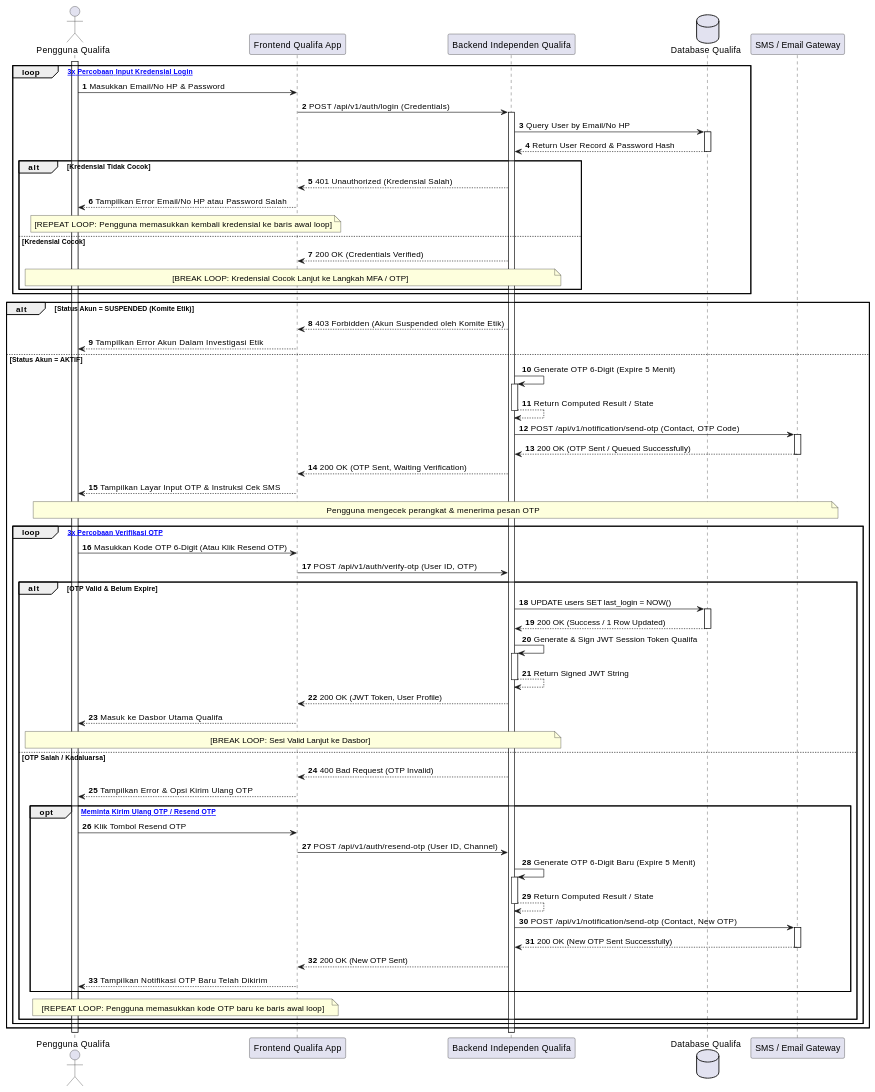
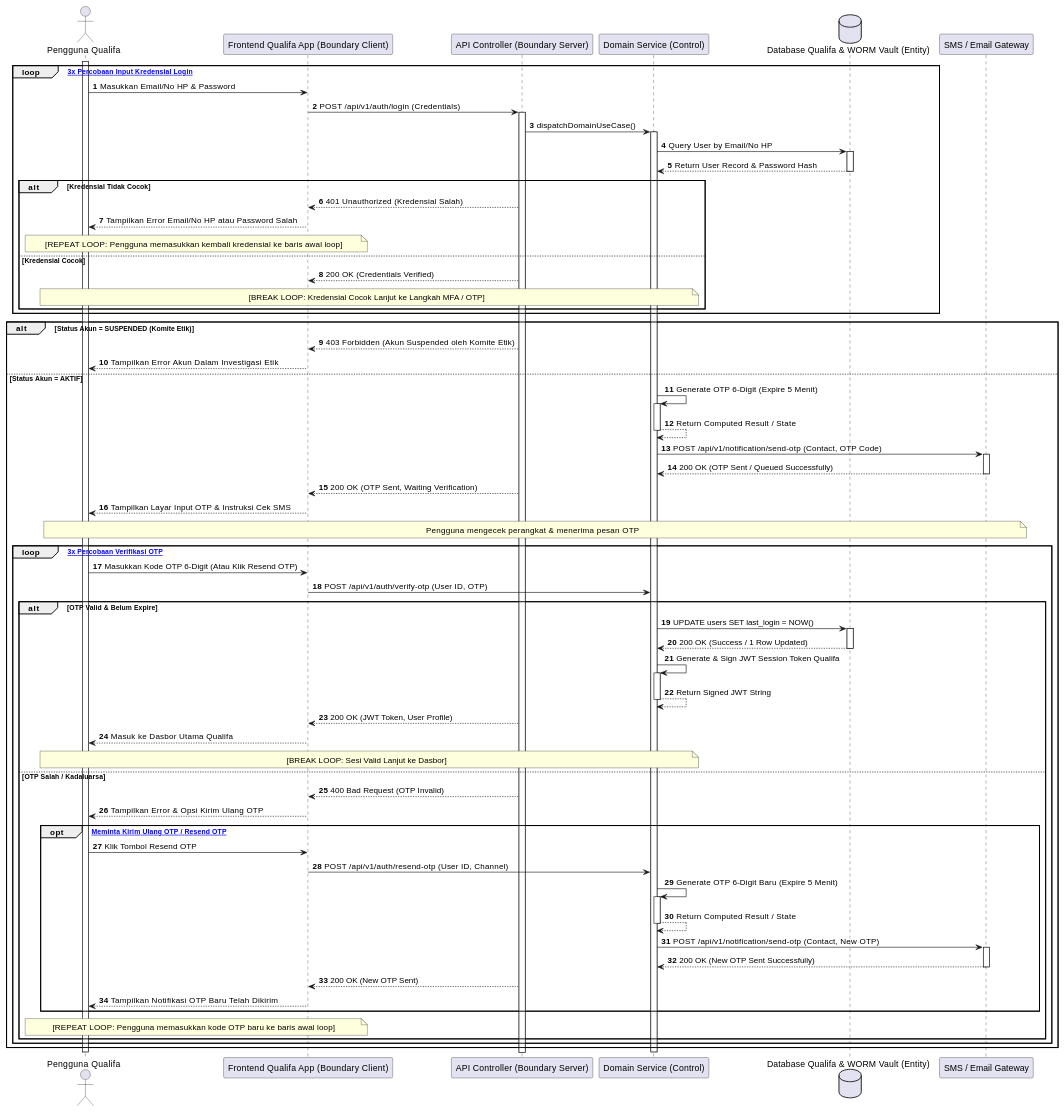
Diagram 18 of 28 in MarkDown/plantuml_sequence_diagrams.md (tupperwureism/SuperApp-Gagal), drawn with PlantUML before and after one commit. The commit also changed other lines of this file and 1 other file, not shown here.

Commit message:
refactor(sequence-diagrams): upgrade all 28 Sequence Diagrams to Component-Level 5-Lifeline BCE Architecture

````diff
--- a/MarkDown/plantuml_sequence_diagrams.md
+++ b/MarkDown/plantuml_sequence_diagrams.md
@@ -1350,74 +1180,77 @@
 ```plantuml
 @startuml
 autonumber
 actor "Pengguna Qualifa" as User
-participant "Frontend Qualifa App" as FE
-participant "Backend Independen Qualifa" as BE
-database "Database Qualifa" as DB
+participant "Frontend Qualifa App (Boundary Client)" as B_FE
+participant "API Controller (Boundary Server)" as B_BE
+participant "Domain Service (Control)" as C_Svc
+participant "Backend Independen Qualifa" as C_Svc
+database "Database Qualifa & WORM Vault (Entity)" as E_DB
 participant "SMS / Email Gateway" as SMS
 
 activate User
 loop [Maksimal 3x Percobaan Input Kredensial Login]
-    User -> FE : Masukkan Email/No HP & Password
-    FE -> BE ++ : POST /api/v1/auth/login (Credentials)
+    User -> B_FE : Masukkan Email/No HP & Password
+    B_FE -> B_BE ++ : POST /api/v1/auth/login (Credentials)
+    B_BE -> C_Svc ++ : dispatchDomainUseCase()
 
-    BE -> DB ++ : Query User by Email/No HP
-    DB --> BE -- : Return User Record & Password Hash
+    C_Svc -> E_DB ++ : Query User by Email/No HP
+    E_DB --> C_Svc -- : Return User Record & Password Hash
 
     alt Kredensial Tidak Cocok
-        BE --> FE : 401 Unauthorized (Kredensial Salah)
-        FE --> User : Tampilkan Error Email/No HP atau Password Salah
-        note over User, FE : [REPEAT LOOP: Pengguna memasukkan kembali kredensial ke baris awal loop]
+        B_BE --> B_FE : 401 Unauthorized (Kredensial Salah)
+        B_FE --> User : Tampilkan Error Email/No HP atau Password Salah
+        note over User, B_FE : [REPEAT LOOP: Pengguna memasukkan kembali kredensial ke baris awal loop]
     else Kredensial Cocok
-        BE --> FE : 200 OK (Credentials Verified)
-        note over User, BE : [BREAK LOOP: Kredensial Cocok Lanjut ke Langkah MFA / OTP]
+        B_BE --> B_FE : 200 OK (Credentials Verified)
+        note over User, C_Svc : [BREAK LOOP: Kredensial Cocok Lanjut ke Langkah MFA / OTP]
     end
 end
 
 alt Status Akun = SUSPENDED (Komite Etik)
-    BE --> FE : 403 Forbidden (Akun Suspended oleh Komite Etik)
-    FE --> User : Tampilkan Error Akun Dalam Investigasi Etik
+    B_BE --> B_FE : 403 Forbidden (Akun Suspended oleh Komite Etik)
+    B_FE --> User : Tampilkan Error Akun Dalam Investigasi Etik
 else Status Akun = AKTIF
-    BE -> BE ++ : Generate OTP 6-Digit (Expire 5 Menit)
-    BE --> BE -- : Return Computed Result / State
-    BE -> SMS ++ : POST /api/v1/notification/send-otp (Contact, OTP Code)
-    SMS --> BE -- : 200 OK (OTP Sent / Queued Successfully)
-    BE --> FE : 200 OK (OTP Sent, Waiting Verification)
-    FE --> User : Tampilkan Layar Input OTP & Instruksi Cek SMS
+    C_Svc -> C_Svc ++ : Generate OTP 6-Digit (Expire 5 Menit)
+    C_Svc --> C_Svc -- : Return Computed Result / State
+    C_Svc -> SMS ++ : POST /api/v1/notification/send-otp (Contact, OTP Code)
+    SMS --> C_Svc -- : 200 OK (OTP Sent / Queued Successfully)
+    B_BE --> B_FE : 200 OK (OTP Sent, Waiting Verification)
+    B_FE --> User : Tampilkan Layar Input OTP & Instruksi Cek SMS
     note over User, SMS : Pengguna mengecek perangkat & menerima pesan OTP
     
     loop [Maksimal 3x Percobaan Verifikasi OTP]
-        User -> FE : Masukkan Kode OTP 6-Digit (Atau Klik Resend OTP)
-        FE -> BE : POST /api/v1/auth/verify-otp (User ID, OTP)
+        User -> B_FE : Masukkan Kode OTP 6-Digit (Atau Klik Resend OTP)
+        B_FE -> C_Svc : POST /api/v1/auth/verify-otp (User ID, OTP)
         
         alt OTP Valid & Belum Expire
-            BE -> DB ++ : UPDATE users SET last_login = NOW()
-            DB --> BE -- : 200 OK (Success / 1 Row Updated)
-            BE -> BE ++ : Generate & Sign JWT Session Token Qualifa
-            BE --> BE -- : Return Signed JWT String
-            BE --> FE : 200 OK (JWT Token, User Profile)
-            FE --> User : Masuk ke Dasbor Utama Qualifa
-            note over User, BE : [BREAK LOOP: Sesi Valid Lanjut ke Dasbor]
+            C_Svc -> E_DB ++ : UPDATE users SET last_login = NOW()
+            E_DB --> C_Svc -- : 200 OK (Success / 1 Row Updated)
+            C_Svc -> C_Svc ++ : Generate & Sign JWT Session Token Qualifa
+            C_Svc --> C_Svc -- : Return Signed JWT String
+            B_BE --> B_FE : 200 OK (JWT Token, User Profile)
+            B_FE --> User : Masuk ke Dasbor Utama Qualifa
+            note over User, C_Svc : [BREAK LOOP: Sesi Valid Lanjut ke Dasbor]
         else OTP Salah / Kadaluarsa
-            BE --> FE : 400 Bad Request (OTP Invalid)
-            FE --> User : Tampilkan Error & Opsi Kirim Ulang OTP
+            B_BE --> B_FE : 400 Bad Request (OTP Invalid)
+            B_FE --> User : Tampilkan Error & Opsi Kirim Ulang OTP
             
             opt [Pengguna Meminta Kirim Ulang OTP / Resend OTP]
-                User -> FE : Klik Tombol Resend OTP
-                FE -> BE : POST /api/v1/auth/resend-otp (User ID, Channel)
-                BE -> BE ++ : Generate OTP 6-Digit Baru (Expire 5 Menit)
-                BE --> BE -- : Return Computed Result / State
-                BE -> SMS ++ : POST /api/v1/notification/send-otp (Contact, New OTP)
-                SMS --> BE -- : 200 OK (New OTP Sent Successfully)
-                BE --> FE : 200 OK (New OTP Sent)
-                FE --> User : Tampilkan Notifikasi OTP Baru Telah Dikirim
+                User -> B_FE : Klik Tombol Resend OTP
+                B_FE -> C_Svc : POST /api/v1/auth/resend-otp (User ID, Channel)
+                C_Svc -> C_Svc ++ : Generate OTP 6-Digit Baru (Expire 5 Menit)
+                C_Svc --> C_Svc -- : Return Computed Result / State
+                C_Svc -> SMS ++ : POST /api/v1/notification/send-otp (Contact, New OTP)
+                SMS --> C_Svc -- : 200 OK (New OTP Sent Successfully)
+                B_BE --> B_FE : 200 OK (New OTP Sent)
+                B_FE --> User : Tampilkan Notifikasi OTP Baru Telah Dikirim
             end
-            note over User, FE : [REPEAT LOOP: Pengguna memasukkan kode OTP baru ke baris awal loop]
+            note over User, B_FE : [REPEAT LOOP: Pengguna memasukkan kode OTP baru ke baris awal loop]
         end
     end
 end
-deactivate BE
-deactivate FE
+deactivate C_Svc
+deactivate B_FE
 deactivate User
 @enduml
 ```
````
